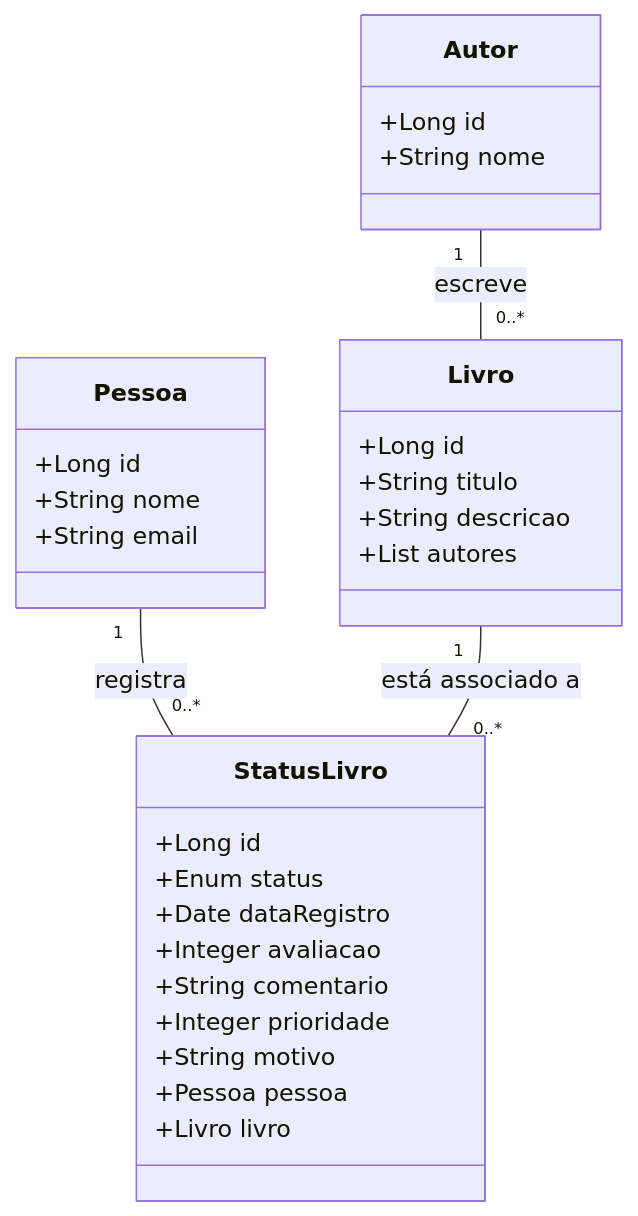
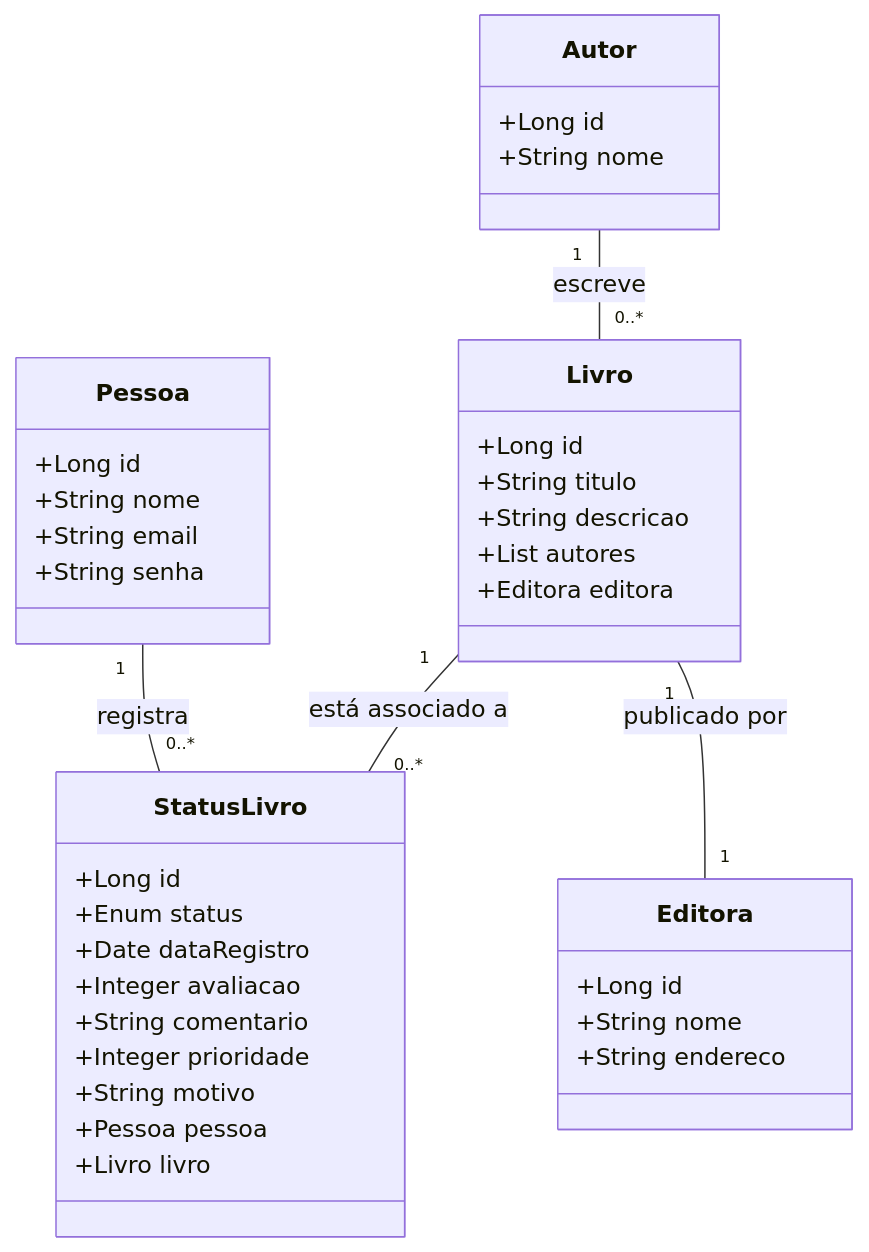
One commit to viniciosmucheirone/Digital_Library_SpringBoot changed the diagram in README.md. Above: the diagram before and after it, drawn with Mermaid.

````diff
--- a/README.md
+++ b/README.md
@@ -4,36 +4,46 @@
 ```mermaid
 classDiagram
     class Pessoa {
         +Long id
         +String nome
         +String email
+        +String senha
     }
 
     class Autor {
         +Long id
         +String nome
     }
 
+    class Editora {
+        +Long id
+        +String nome
+        +String endereco
+    }
+
     class Livro {
         +Long id
         +String titulo
         +String descricao
         +List<Autor> autores
+        +Editora editora
     }
 
     class StatusLivro {
         +Long id
         +Enum status
         +Date dataRegistro
         +Integer avaliacao
         +String comentario
         +Integer prioridade
         +String motivo
         +Pessoa pessoa
         +Livro livro
     }
 
     Pessoa "1" -- "0..*" StatusLivro : registra
     Livro "1" -- "0..*" StatusLivro : está associado a
     Autor "1" -- "0..*" Livro : escreve
+    Livro "1" -- "1" Editora : publicado por
+
 ```
````
